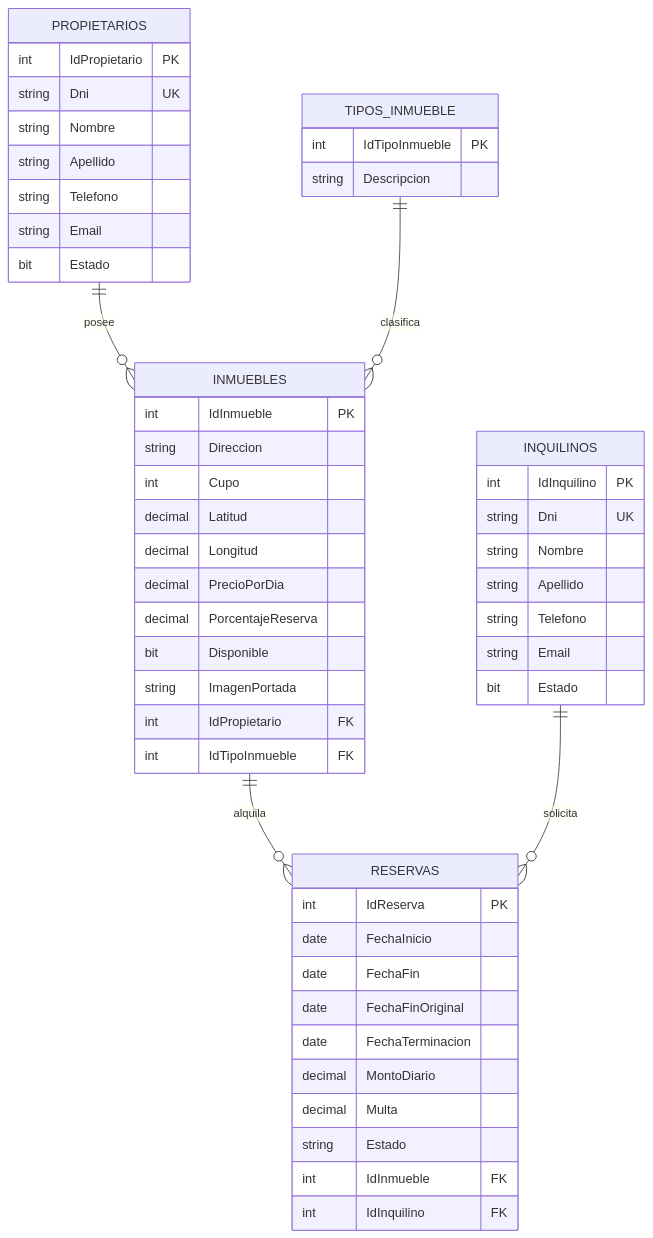
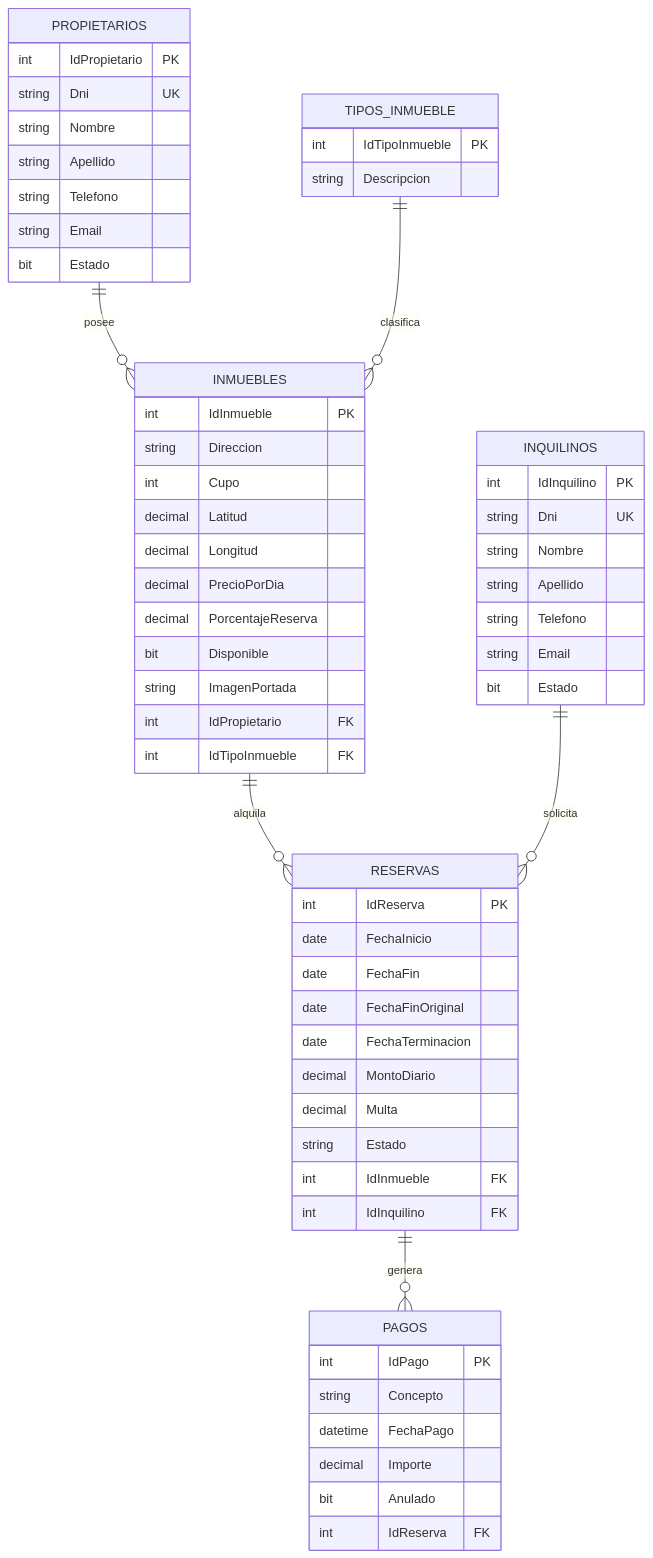
One commit to Eros23z/InmobiliariaULP changed the diagram in README.md. Above: the diagram before and after it, drawn with Mermaid. The commit also changed other lines of this file and 14 other files, not shown here.

Commit message:
agregado de tabla y crud de pagos + vistas y logica de negocio requerida para las reservas de inmuebles

````diff
--- a/README.md
+++ b/README.md
@@ -22,59 +22,69 @@
 ```mermaid
 erDiagram
     PROPIETARIOS {
         int IdPropietario PK
         string Dni UK
         string Nombre
         string Apellido
         string Telefono
         string Email
         bit Estado
     }
 
     INQUILINOS {
         int IdInquilino PK
         string Dni UK
         string Nombre
         string Apellido
         string Telefono
         string Email
         bit Estado
     }
 
     TIPOS_INMUEBLE {
         int IdTipoInmueble PK
         string Descripcion
     }
 
     INMUEBLES {
         int IdInmueble PK
         string Direccion
         int Cupo
         decimal Latitud
         decimal Longitud
         decimal PrecioPorDia
         decimal PorcentajeReserva
         bit Disponible
         string ImagenPortada
         int IdPropietario FK
         int IdTipoInmueble FK
     }
 
     RESERVAS {
         int IdReserva PK
         date FechaInicio
         date FechaFin
         date FechaFinOriginal
         date FechaTerminacion
         decimal MontoDiario
         decimal Multa
         string Estado
         int IdInmueble FK
         int IdInquilino FK
     }
 
+    PAGOS {
+        int IdPago PK
+        string Concepto
+        datetime FechaPago
+        decimal Importe
+        bit Anulado
+        int IdReserva FK
+    }
+
     PROPIETARIOS ||--o{ INMUEBLES : posee
     TIPOS_INMUEBLE ||--o{ INMUEBLES : clasifica
     INMUEBLES ||--o{ RESERVAS : alquila
     INQUILINOS ||--o{ RESERVAS : solicita
+    RESERVAS ||--o{ PAGOS : genera
 ```
````
